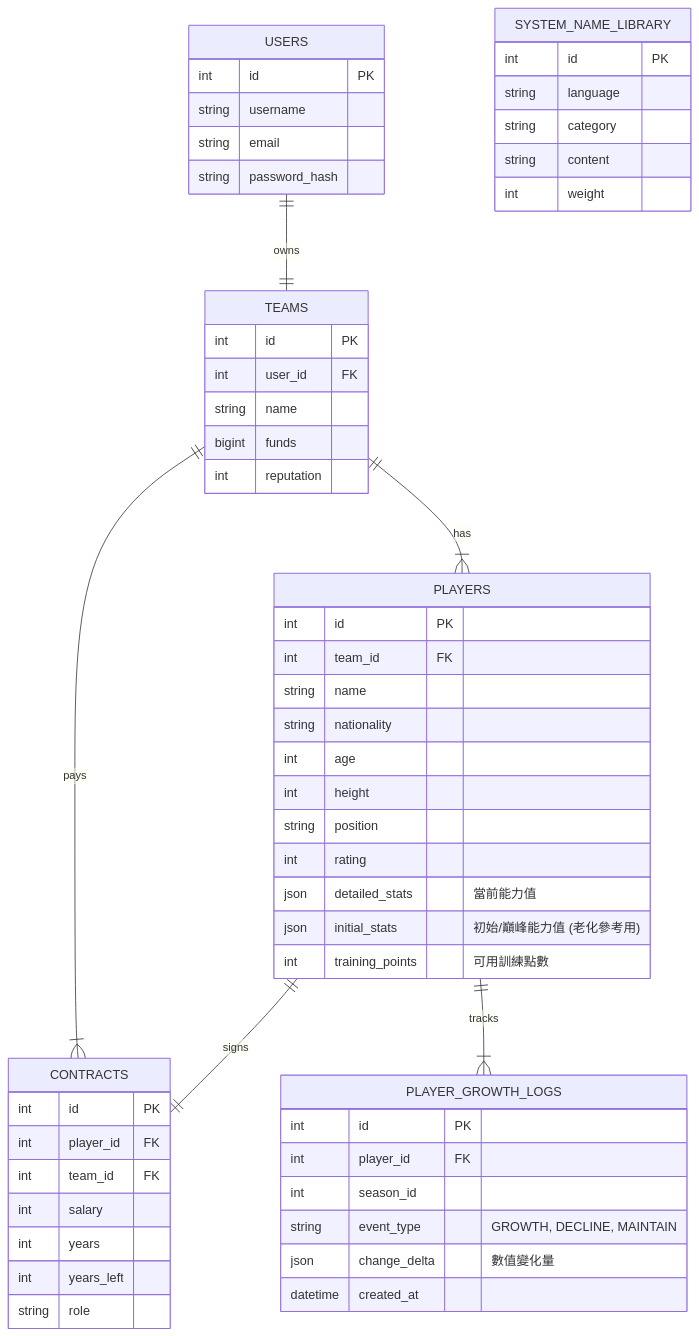
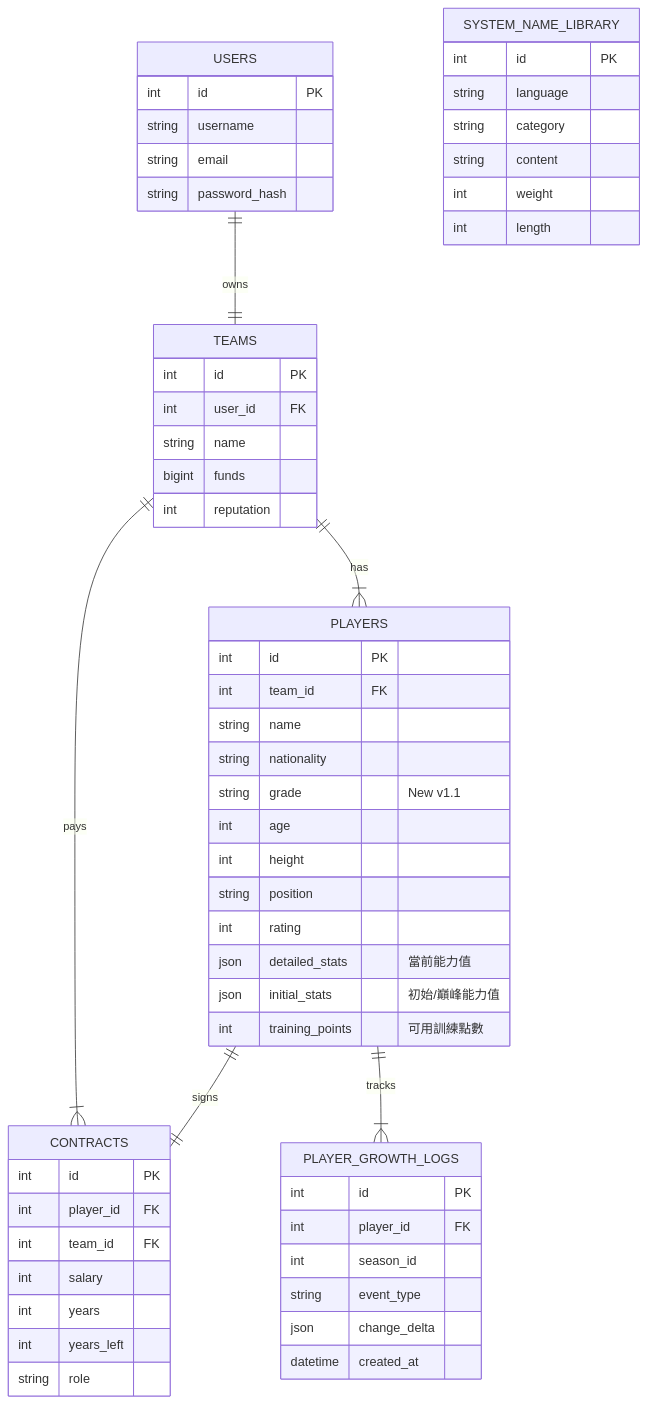
Before and after one commit to Haley-Shen-0213/ASBL-Basketball-Manager: the diagram in ASBL_Database_Schema.md, drawn with Mermaid. The commit also changed other lines of this file and 27 other files, not shown here.

````diff
--- a/ASBL_Database_Schema.md
+++ b/ASBL_Database_Schema.md
@@ -11,64 +11,66 @@
 ```mermaid
 erDiagram
     USERS ||--|| TEAMS : owns
     TEAMS ||--|{ PLAYERS : has
     TEAMS ||--|{ CONTRACTS : pays
     PLAYERS ||--|| CONTRACTS : signs
     PLAYERS ||--|{ PLAYER_GROWTH_LOGS : tracks
 
     USERS {
         int id PK
         string username
         string email
         string password_hash
     }
 
     TEAMS {
         int id PK
         int user_id FK
         string name
         bigint funds
         int reputation
     }
 
     PLAYERS {
         int id PK
         int team_id FK
         string name
         string nationality
+        string grade "New v1.1"
         int age
         int height
         string position
         int rating
         json detailed_stats "當前能力值"
-        json initial_stats "初始/巔峰能力值 (老化參考用)"
+        json initial_stats "初始/巔峰能力值"
         int training_points "可用訓練點數"
     }
 
     CONTRACTS {
         int id PK
         int player_id FK
         int team_id FK
         int salary
         int years
         int years_left
         string role
     }
 
     PLAYER_GROWTH_LOGS {
         int id PK
         int player_id FK
         int season_id
-        string event_type "GROWTH, DECLINE, MAINTAIN"
-        json change_delta "數值變化量"
+        string event_type
+        json change_delta
         datetime created_at
     }
 
     SYSTEM_NAME_LIBRARY {
         int id PK
         string language
         string category
         string content
         int weight
+        int length
     }
 ```
````
